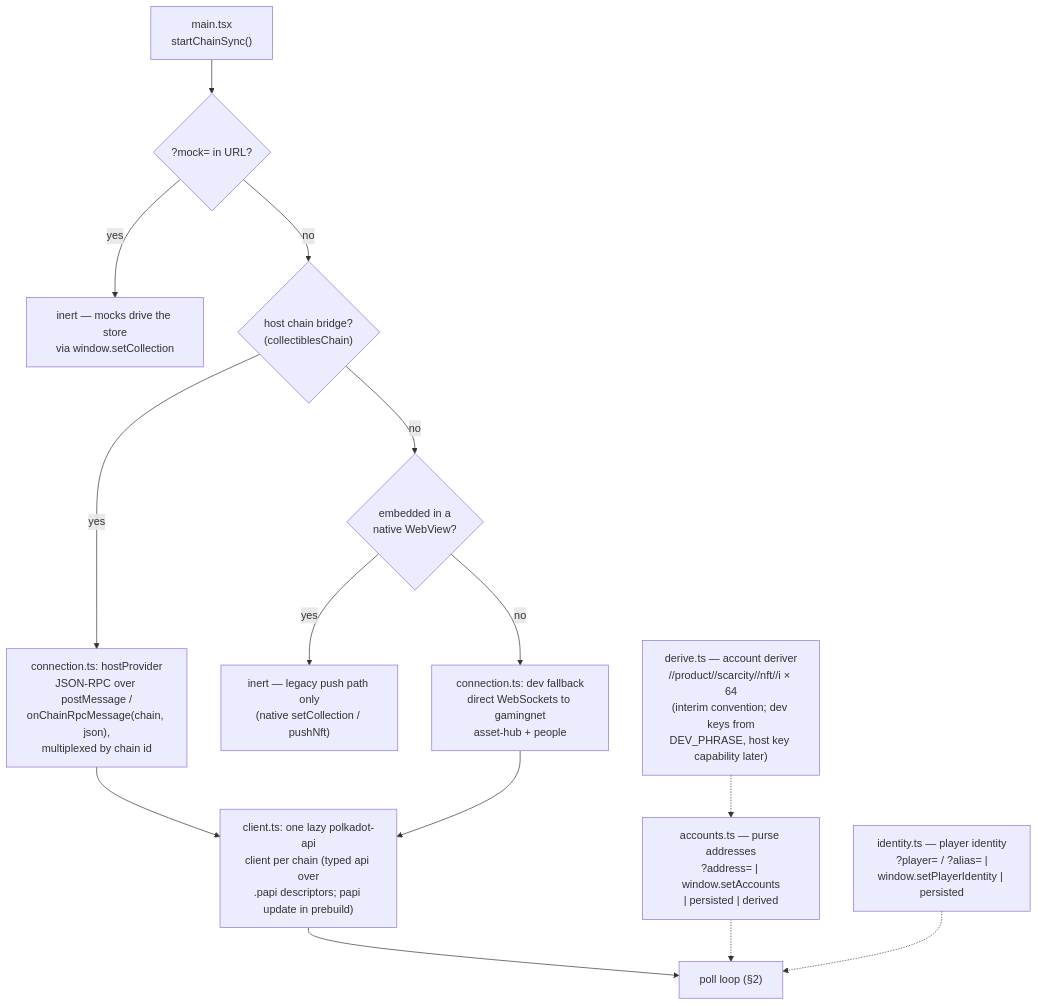
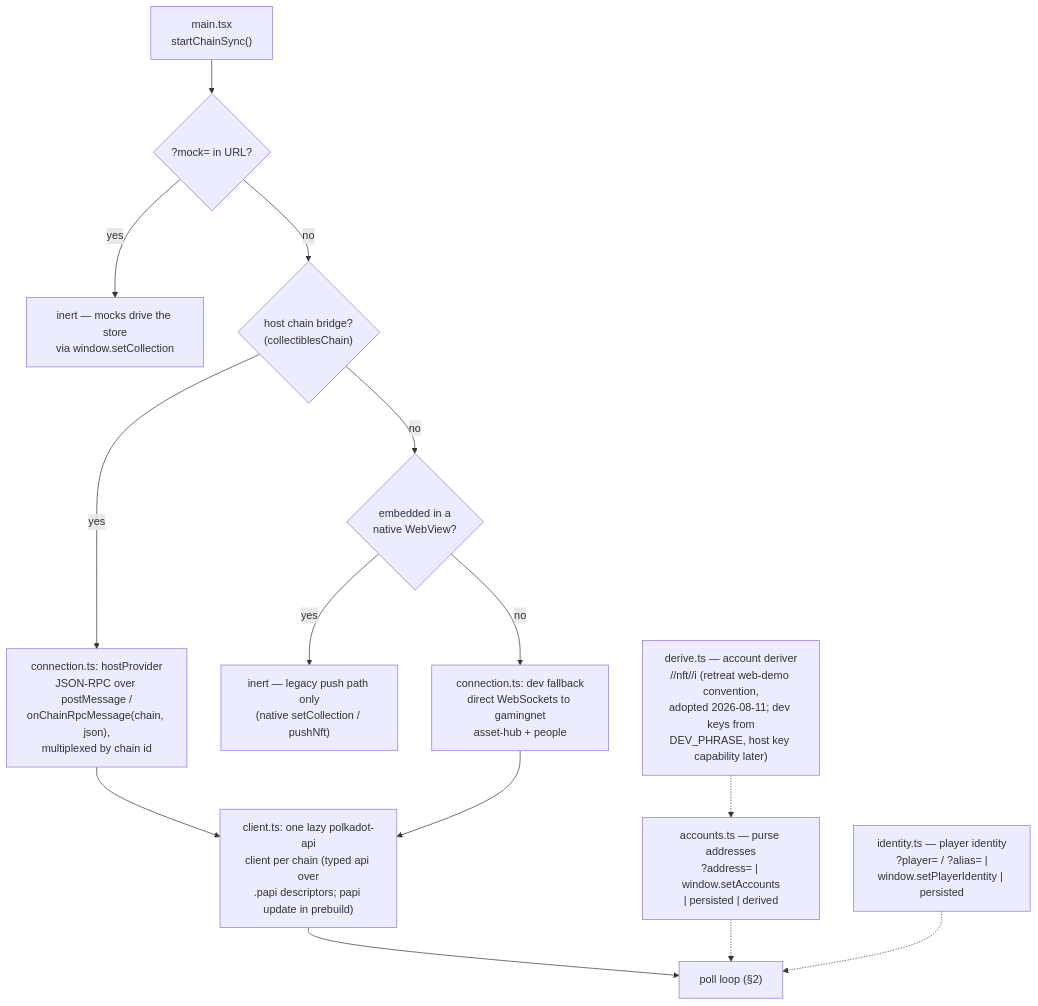
One commit to paritytech/pocket-collectibles-webview changed the first of 2 diagrams in docs/READ_PATH.md. Above: the diagram before and after it, drawn with Mermaid. The commit also changed other lines of this file and 3 other files, not shown here.

````diff
--- a/docs/READ_PATH.md
+++ b/docs/READ_PATH.md
@@ -9,17 +9,17 @@
 ```mermaid
 flowchart TD
     boot["main.tsx<br/>startChainSync()"] --> mock{"?mock= in URL?"}
     mock -- yes --> inert1["inert — mocks drive the store<br/>via window.setCollection"]
     mock -- no --> host{"host chain bridge?<br/>(collectiblesChain)"}
     host -- yes --> hp["connection.ts: hostProvider<br/>JSON-RPC over postMessage /<br/>onChainRpcMessage(chain, json),<br/>multiplexed by chain id"]
     host -- no --> emb{"embedded in a<br/>native WebView?"}
     emb -- yes --> inert2["inert — legacy push path only<br/>(native setCollection / pushNft)"]
     emb -- no --> ws["connection.ts: dev fallback<br/>direct WebSockets to gamingnet<br/>asset-hub + people"]
     hp --> clients["client.ts: one lazy polkadot-api<br/>client per chain (typed api over<br/>.papi descriptors; papi update in prebuild)"]
     ws --> clients
     clients --> loop["poll loop (§2)"]
 
     accounts["accounts.ts — purse addresses<br/>?address= | window.setAccounts<br/>| persisted | derived"] -.-> loop
-    derive["derive.ts — account deriver<br/>//product//scarcity//nft//i × 64<br/>(interim convention; dev keys from<br/>DEV_PHRASE, host key capability later)"] -.-> accounts
+    derive["derive.ts — account deriver<br/>//nft//i (retreat web-demo convention,<br/>adopted 2026-08-11; dev keys from<br/>DEV_PHRASE, host key capability later)"] -.-> accounts
     identity["identity.ts — player identity<br/>?player= / ?alias= |<br/>window.setPlayerIdentity | persisted"] -.-> loop
 ```
````
